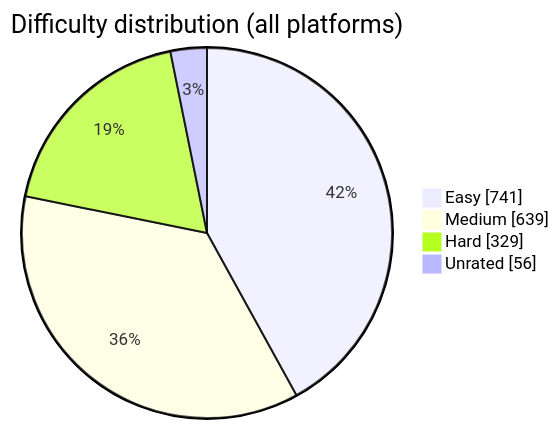
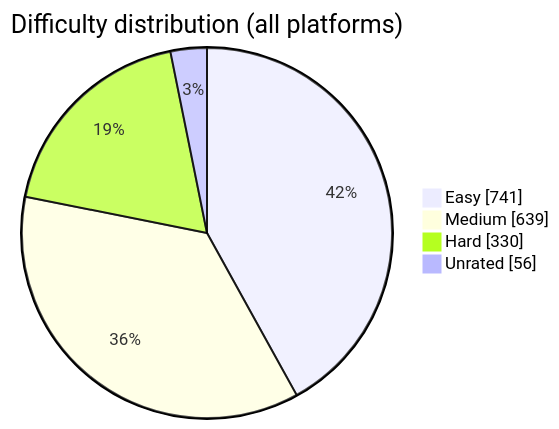
One commit to BuildbyArindam/Daily-Coding-Log changed the diagram in README.md. Above: the diagram before and after it, drawn with Mermaid. The commit also changed other lines of this file, not shown here.

````diff
--- a/README.md
+++ b/README.md
@@ -108,7 +108,7 @@
 ```mermaid
 pie showData title Difficulty distribution (all platforms)
     "Easy" : 741
     "Medium" : 639
-    "Hard" : 329
+    "Hard" : 330
     "Unrated" : 56
 ```
````
